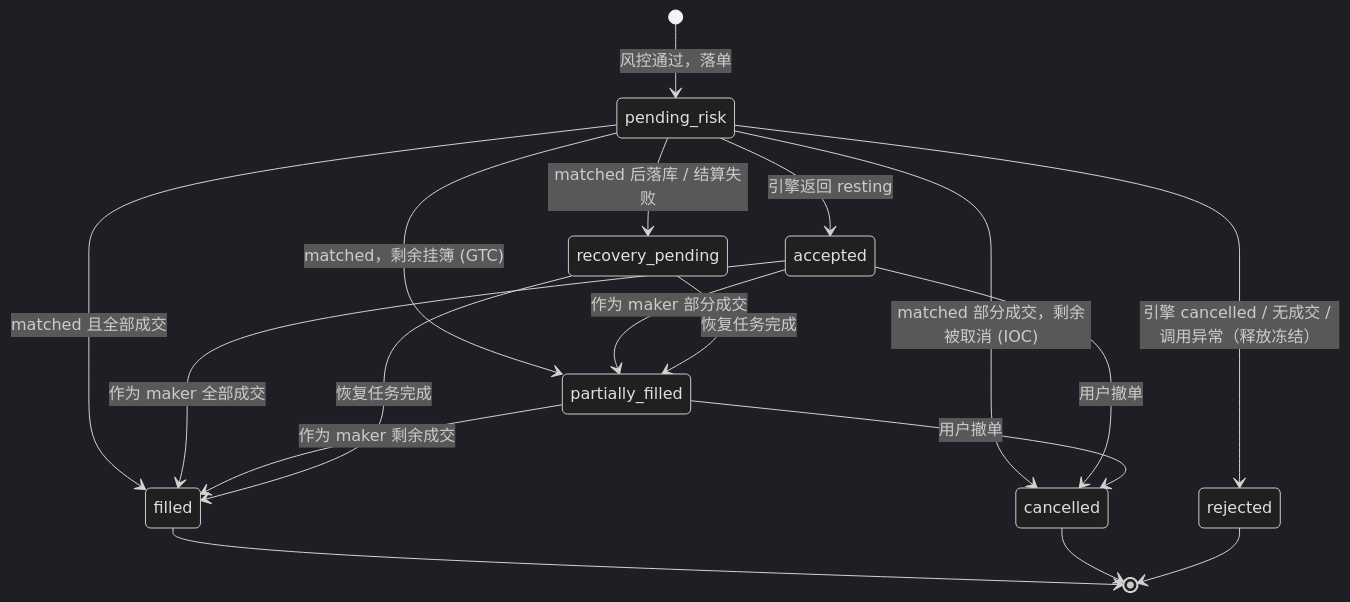
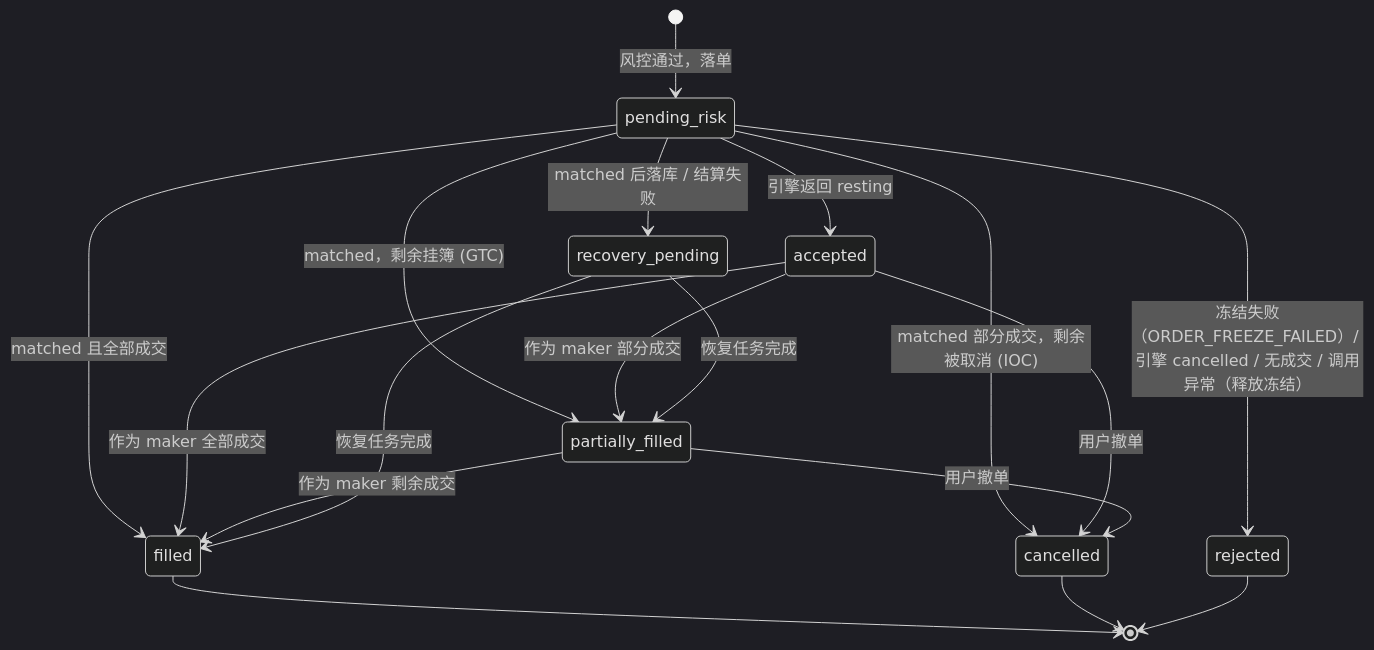
The seventh of 11 diagrams in docs/domain-model.md (ocean-8848/CEX-Demo), drawn with Mermaid (dark theme) before and after one commit. The commit also changed other lines of this file and 25 other files, not shown here.

Commit message:
Docs: internal auth for custody/indexer, bind hosts, XFF trust, journal idempotency, order freeze-failure rejection

````diff
--- a/docs/domain-model.md
+++ b/docs/domain-model.md
@@ -215,20 +215,20 @@
 ```mermaid
 stateDiagram-v2
   [*] --> pending_risk: 风控通过，落单
   pending_risk --> accepted: 引擎返回 resting
-  pending_risk --> rejected: 引擎 cancelled / 无成交 / 调用异常（释放冻结）
+  pending_risk --> rejected: 冻结失败（ORDER_FREEZE_FAILED）/ 引擎 cancelled / 无成交 / 调用异常（释放冻结）
   pending_risk --> filled: matched 且全部成交
   pending_risk --> partially_filled: matched，剩余挂簿 (GTC)
   pending_risk --> cancelled: matched 部分成交，剩余被取消 (IOC)
   pending_risk --> recovery_pending: matched 后落库 / 结算失败
   accepted --> partially_filled: 作为 maker 部分成交
   accepted --> filled: 作为 maker 全部成交
   partially_filled --> filled: 作为 maker 剩余成交
   accepted --> cancelled: 用户撤单
   partially_filled --> cancelled: 用户撤单
   recovery_pending --> filled: 恢复任务完成
   recovery_pending --> partially_filled: 恢复任务完成
   filled --> [*]
   cancelled --> [*]
   rejected --> [*]
 ```
````
